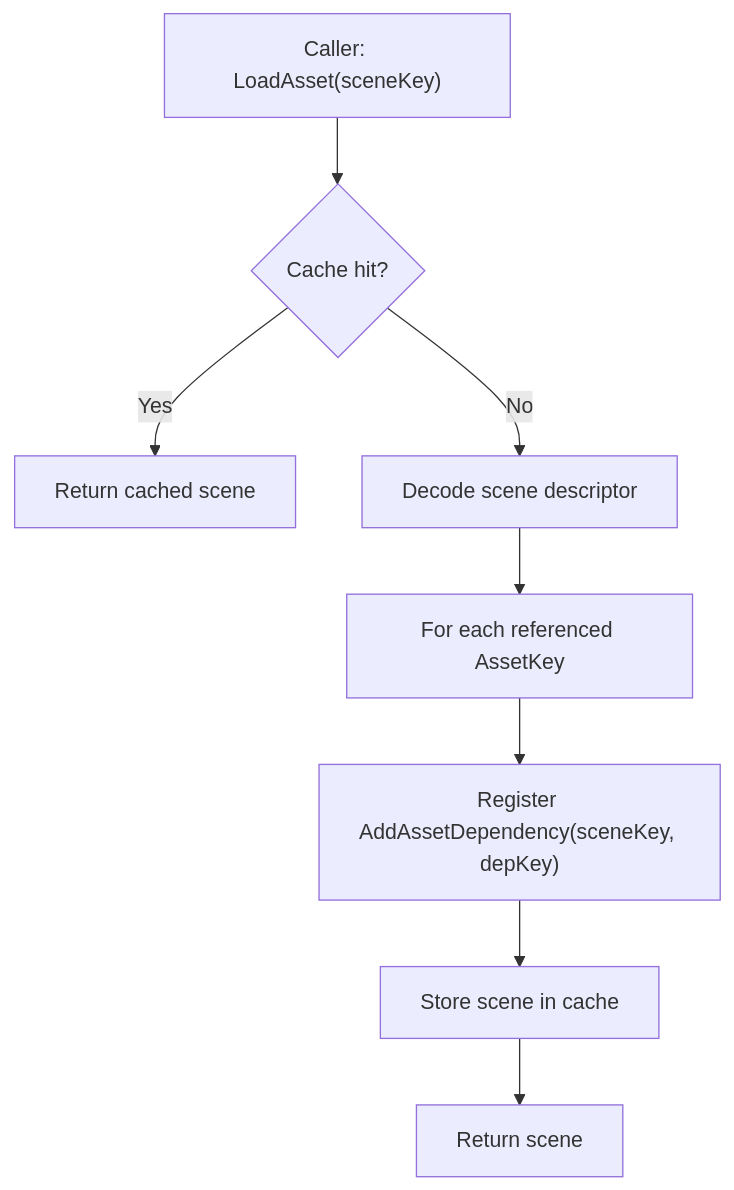
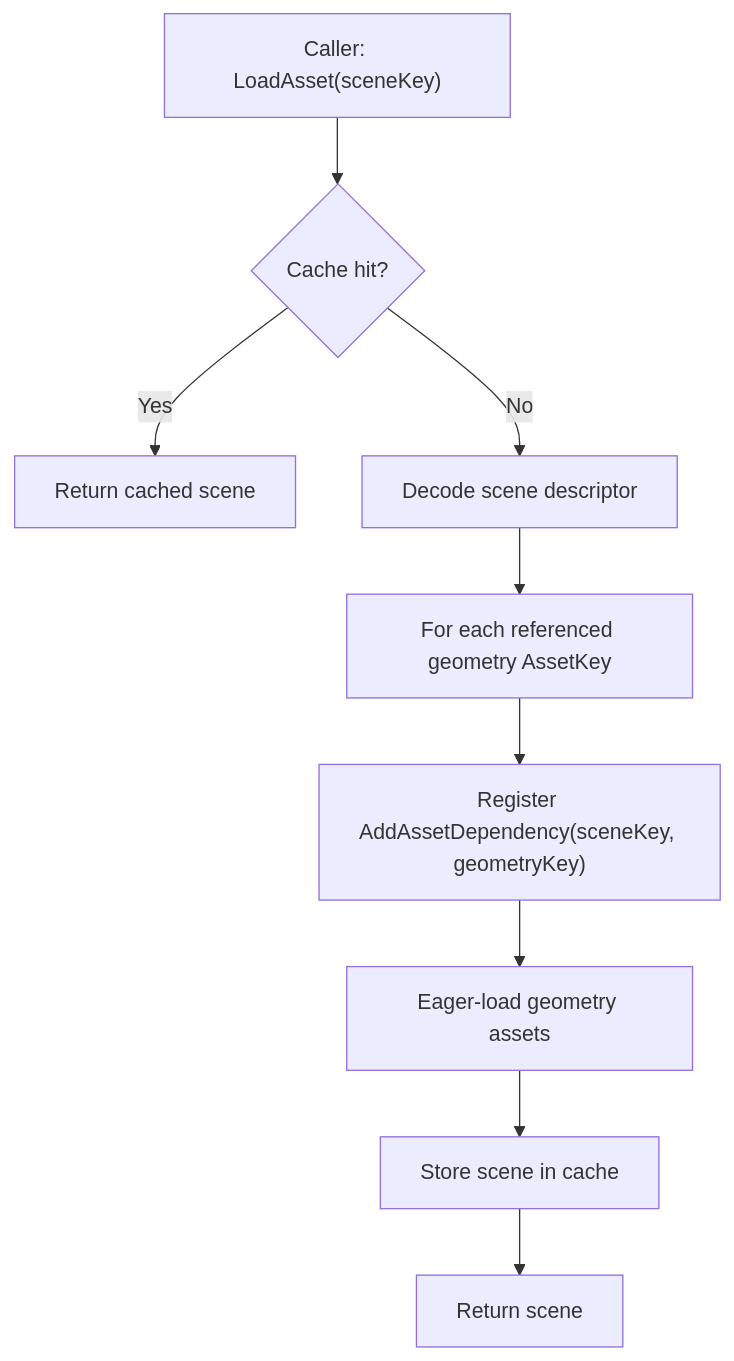
The diagram in projects/Oxygen.Engine/src/Oxygen/Content/Docs/scenes_and_levels.md (abdes/DroidNet), drawn with Mermaid before and after one commit. The commit also changed other lines of this file and 61 other files, not shown here.

First line of the commit message:
feat(content): add cooked scene asset support

````diff
--- a/projects/Oxygen.Engine/src/Oxygen/Content/Docs/scenes_and_levels.md
+++ b/projects/Oxygen.Engine/src/Oxygen/Content/Docs/scenes_and_levels.md
@@ -142,10 +166,11 @@
 ```mermaid
 flowchart TD
   A["Caller: LoadAsset<SceneLevel>(sceneKey)"] --> B{"Cache hit?"}
   B -- Yes --> C["Return cached scene"]
   B -- No --> D["Decode scene descriptor"]
-  D --> E["For each referenced AssetKey"]
-  E --> F["Register AddAssetDependency(sceneKey, depKey)"]
-  F --> G["Store scene in cache"]
-  G --> H["Return scene"]
+  D --> E["For each referenced geometry AssetKey"]
+  E --> F["Register AddAssetDependency(sceneKey, geometryKey)"]
+  F --> G["Eager-load geometry assets"]
+  G --> H["Store scene in cache"]
+  H --> I["Return scene"]
 ```
````
